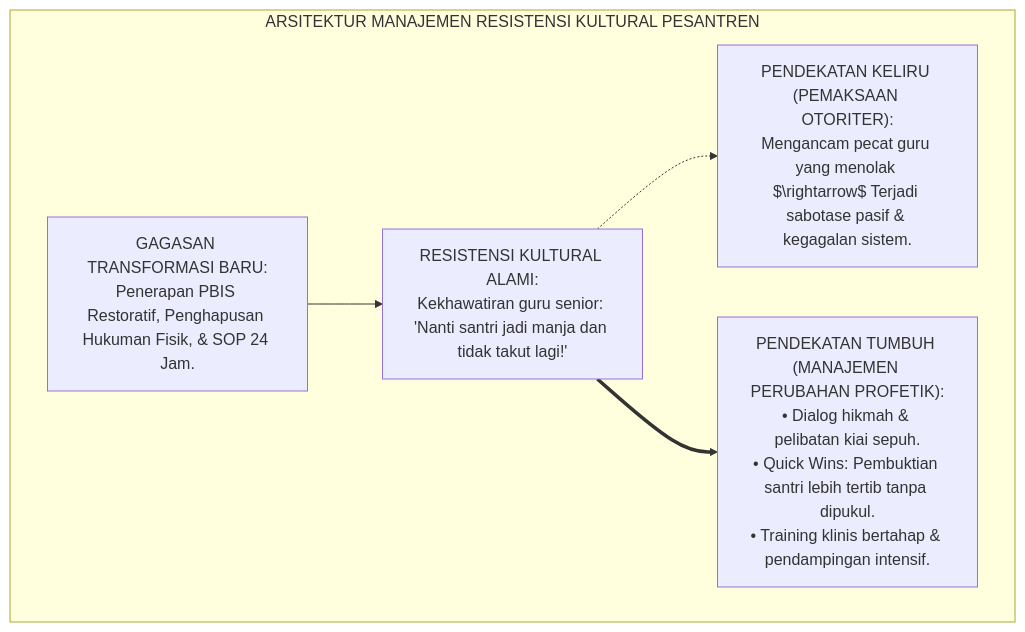
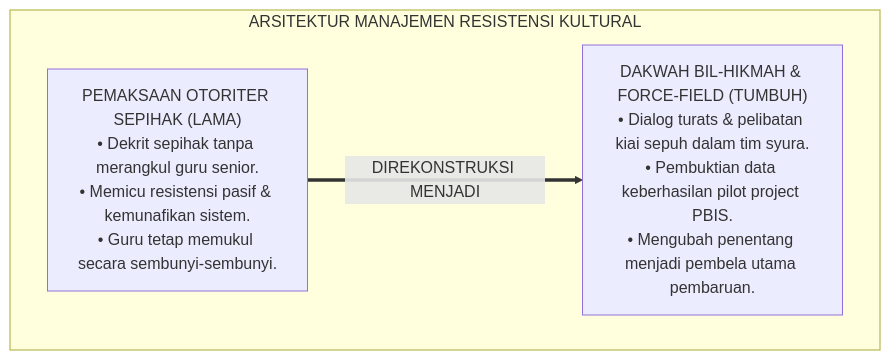
One commit to wandiapriliyandi/tumbuh changed the first of 4 diagrams in 01 Philosophy/06 Change/P1-06-05-Manajemen-Resistensi-Kultural-Perubahan-Pesantren.md. Above: the diagram before and after it, drawn with Mermaid. The commit also changed other lines of this file and 7 other files, not shown here.

````diff
--- a/01 Philosophy/06 Change/P1-06-05-Manajemen-Resistensi-Kultural-Perubahan-Pesantren.md
+++ b/01 Philosophy/06 Change/P1-06-05-Manajemen-Resistensi-Kultural-Perubahan-Pesantren.md
@@ -55,16 +56,10 @@
 ```mermaid
 flowchart TD
-    subgraph DinamikaResistensiPerubahanTUMBUH["ARSITEKTUR MANAJEMEN RESISTENSI KULTURAL PESANTREN"]
-        Inovasi["GAGASAN TRANSFORMASI BARU:<br/>Penerapan PBIS Restoratif, Penghapusan Hukuman Fisik, & SOP 24 Jam."]
+    subgraph DinamikaResistensiPerubahanTUMBUH["ARSITEKTUR MANAJEMEN RESISTENSI KULTURAL"]
+        PolaPaksaanLama["PEMAKSAAN OTORITER SEPIHAK (LAMA)<br/>• Dekrit sepihak tanpa merangkul guru senior.<br/>• Memicu resistensi pasif & kemunafikan sistem.<br/>• Guru tetap memukul secara sembunyi-sembunyi."]
         
-        Resistensi["RESISTENSI KULTURAL ALAMI:<br/>Kekhawatiran guru senior: 'Nanti santri jadi manja dan tidak takut lagi!'"]
+        PolaHikmahTUMBUH["DAKWAH BIL-HIKMAH & FORCE-FIELD (TUMBUH)<br/>• Dialog turats & pelibatan kiai sepuh dalam tim syura.<br/>• Pembuktian data keberhasilan pilot project PBIS.<br/>• Mengubah penentang menjadi pembela utama pembaruan."]
         
-        Salah["PENDEKATAN KELIRU (PEMAKSAAN OTORITER):<br/>Mengancam pecat guru yang menolak $\rightarrow$ Terjadi sabotase pasif & kegagalan sistem."]
-        
-        Benar["PENDEKATAN TUMBUH (MANAJEMEN PERUBAHAN PROFETIK):<br/>• Dialog hikmah & pelibatan kiai sepuh.<br/>• Quick Wins: Pembuktian santri lebih tertib tanpa dipukul.<br/>• Training klinis bertahap & pendampingan intensif."]
-        
-        Inovasi --> Resistensi
-        Resistensi -.-> Salah
-        Resistensi ==> Benar
+        PolaPaksaanLama ==>|DIREKONSTRUKSI MENJADI| PolaHikmahTUMBUH
     end
 ```
````
